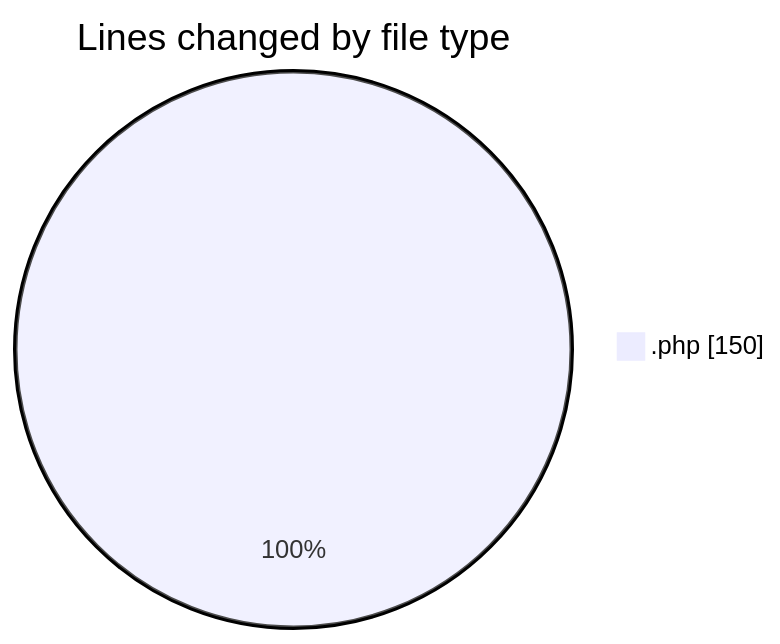
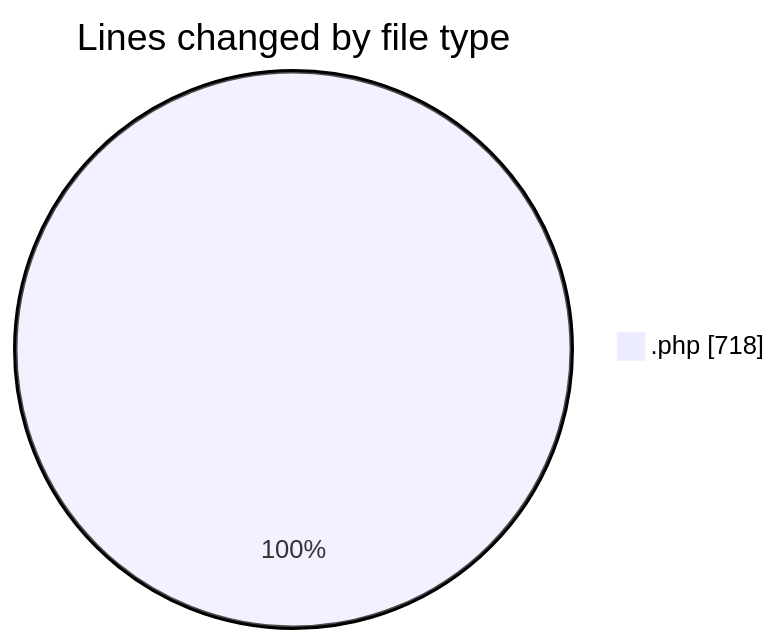
Before and after one commit to idhammustaqopulfikri/code-tracking: the first of 2 diagrams in 2025-10-05/lapangan-futsal/README.md, drawn with Mermaid. The commit also changed other lines of this file and 1 other file, not shown here.

````diff
--- a/2025-10-05/lapangan-futsal/README.md
+++ b/2025-10-05/lapangan-futsal/README.md
@@ -22,5 +29,5 @@
 ```mermaid
 pie showData
 title Lines changed by file type
-".php" : 150
+".php" : 718
 ```
````
